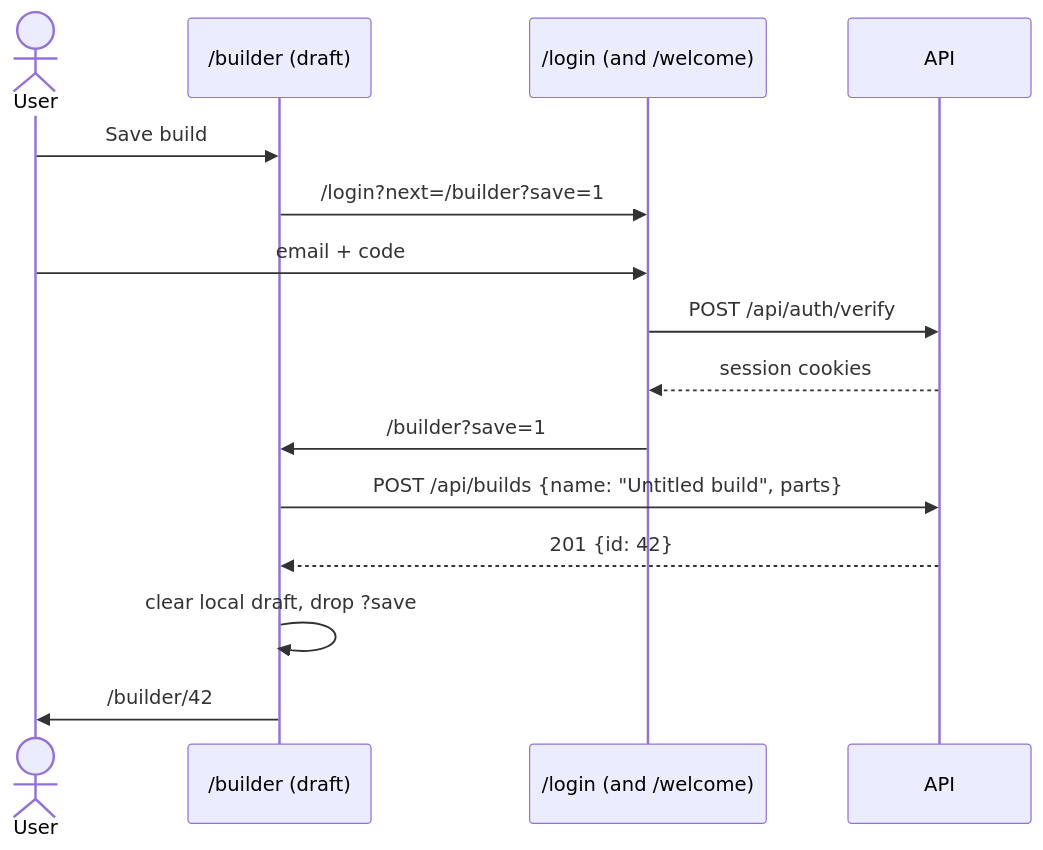
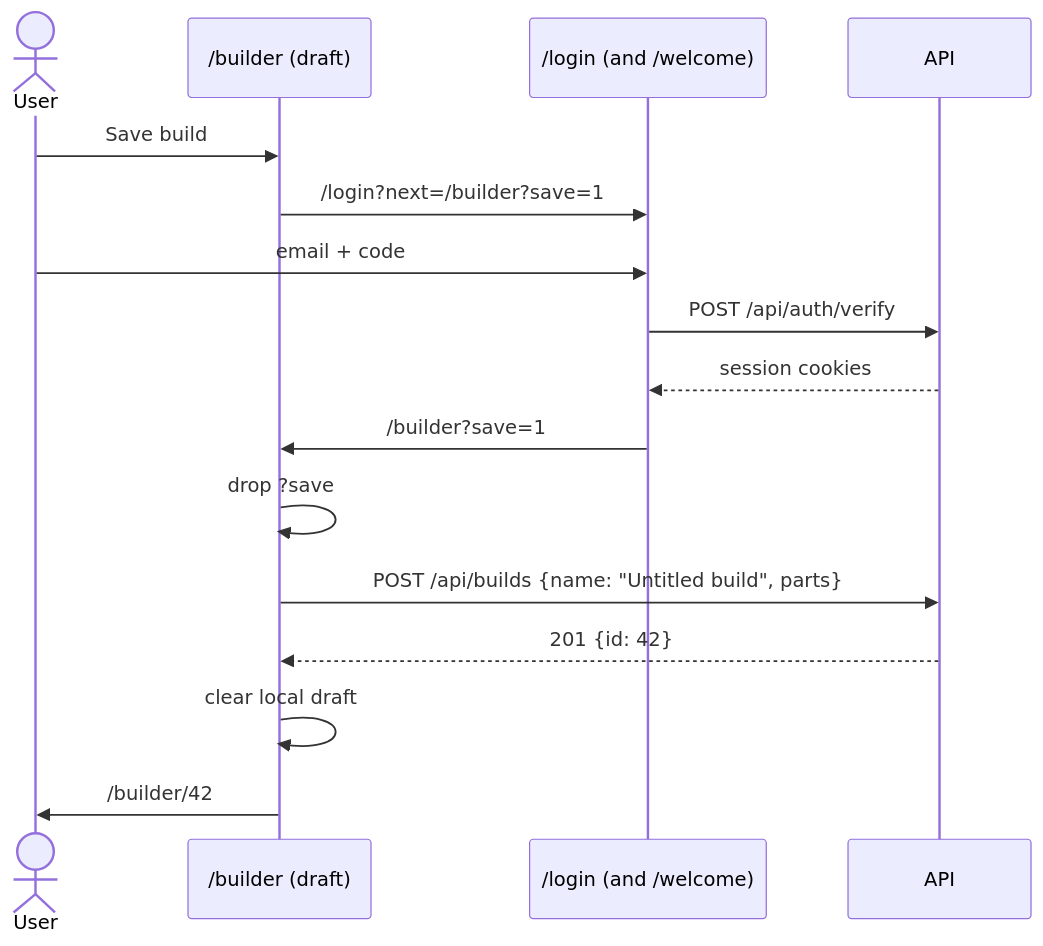
Before and after one commit to Alchabom/RodPartPicker: the first of 2 diagrams in docs/builds/saved-builds.md, drawn with Mermaid. The commit also changed other lines of this file and 4 other files, not shown here.

````diff
--- a/docs/builds/saved-builds.md
+++ b/docs/builds/saved-builds.md
@@ -83,18 +84,19 @@
 ```mermaid
 sequenceDiagram
   actor U as User
   participant B as /builder (draft)
   participant L as /login (and /welcome)
   participant A as API
 
   U->>B: Save build
   B->>L: /login?next=/builder?save=1
   U->>L: email + code
   L->>A: POST /api/auth/verify
   A-->>L: session cookies
   L->>B: /builder?save=1
+  B->>B: drop ?save
   B->>A: POST /api/builds {name: "Untitled build", parts}
   A-->>B: 201 {id: 42}
-  B->>B: clear local draft, drop ?save
+  B->>B: clear local draft
   B->>U: /builder/42
 ```
````
